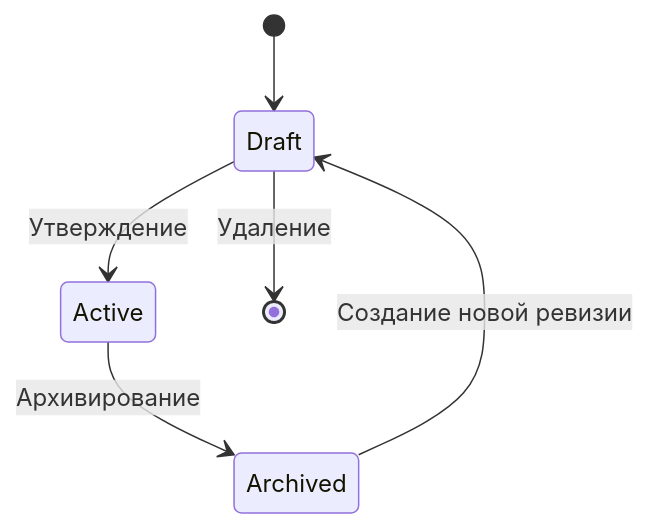
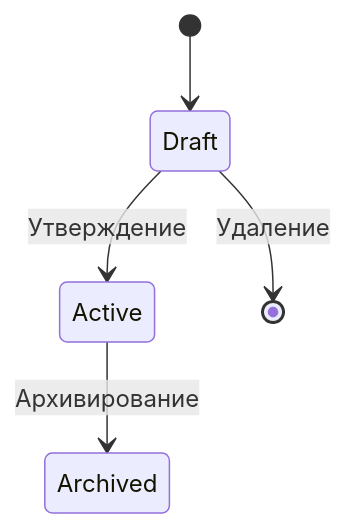
The first of 6 diagrams in README.md (SaintEfim/LIMS.DDD), drawn with Mermaid before and after one commit. The commit also changed other lines of this file, not shown here.

````diff
--- a/README.md
+++ b/README.md
@@ -7,10 +25,9 @@
 ```mermaid
 stateDiagram-v2
     [*] --> Draft
 
     Draft --> Active : Утверждение
     Draft --> [*] : Удаление
 
     Active --> Archived : Архивирование
-    Archived --> Draft : Создание новой ревизии
 ```
````
